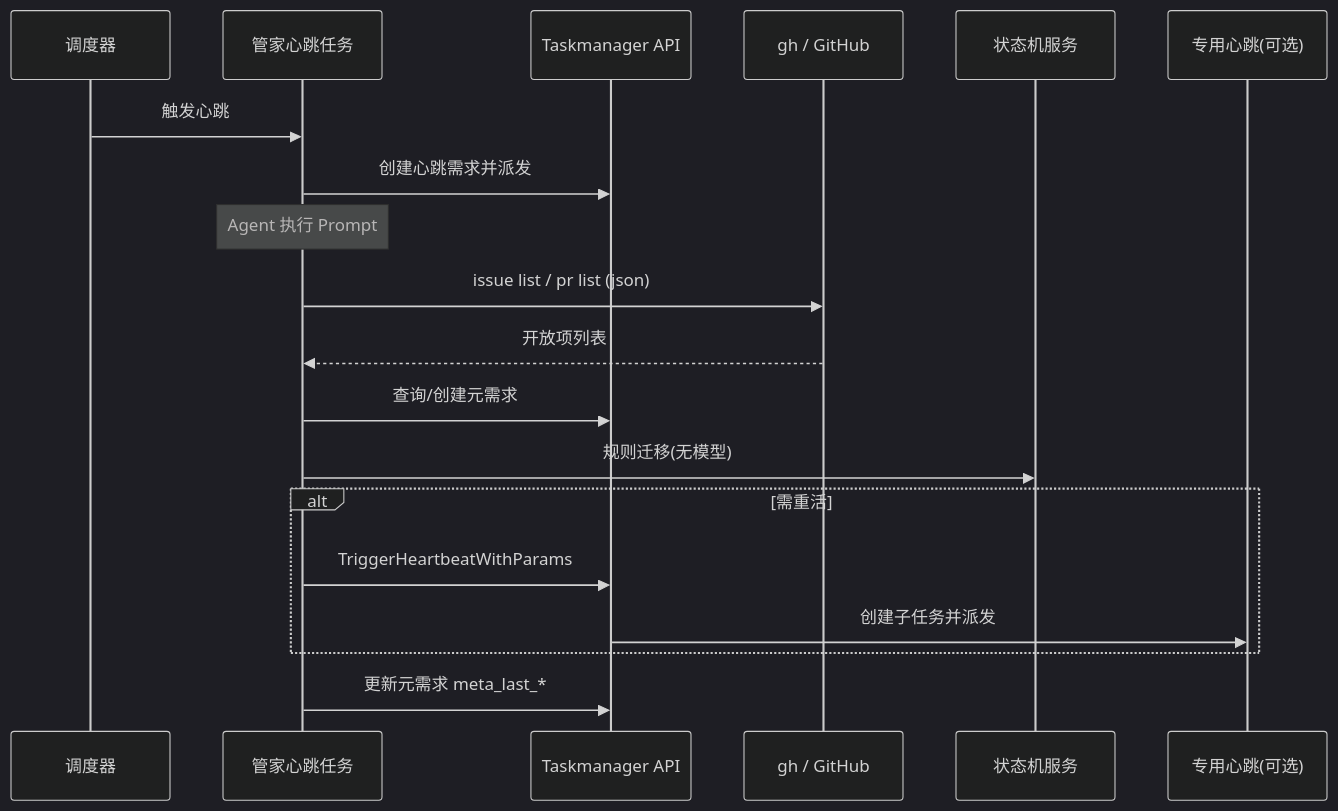
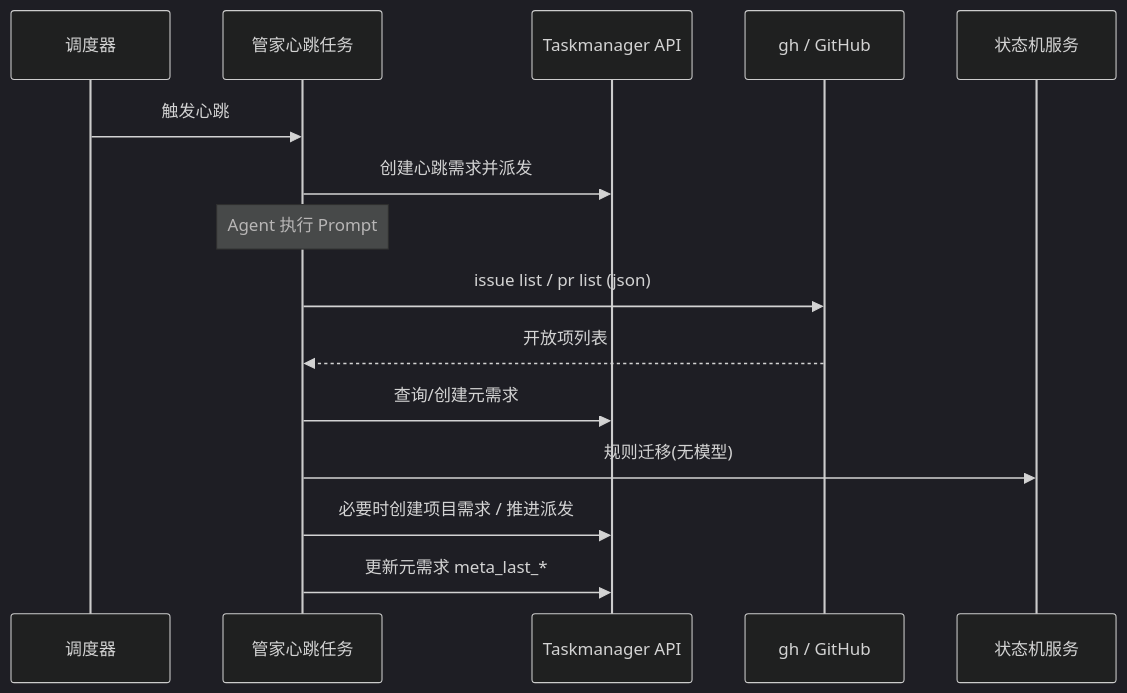
One commit to weibaohui/tasks changed the first of 4 diagrams in docs/design/ai-driven-autonomous-closure-design.md. Above: the diagram before and after it, drawn with Mermaid (dark theme). The commit also changed other lines of this file and 1 other file, not shown here.

````diff
--- a/docs/design/ai-driven-autonomous-closure-design.md
+++ b/docs/design/ai-driven-autonomous-closure-design.md
@@ -113,22 +114,17 @@
 ```mermaid
 sequenceDiagram
     participant Cron as 调度器
     participant HB as 管家心跳任务
     participant API as Taskmanager API
     participant GH as gh / GitHub
     participant SM as 状态机服务
-    participant Sub as 专用心跳(可选)
-
     Cron->>HB: 触发心跳
     HB->>API: 创建心跳需求并派发
     Note over HB: Agent 执行 Prompt
     HB->>GH: issue list / pr list (json)
     GH-->>HB: 开放项列表
     HB->>API: 查询/创建元需求
     HB->>SM: 规则迁移(无模型)
-    alt 需重活
-        HB->>API: TriggerHeartbeatWithParams
-        API->>Sub: 创建子任务并派发
-    end
+    HB->>API: 必要时创建项目需求 / 推进派发
     HB->>API: 更新元需求 meta_last_*
 ```
````
